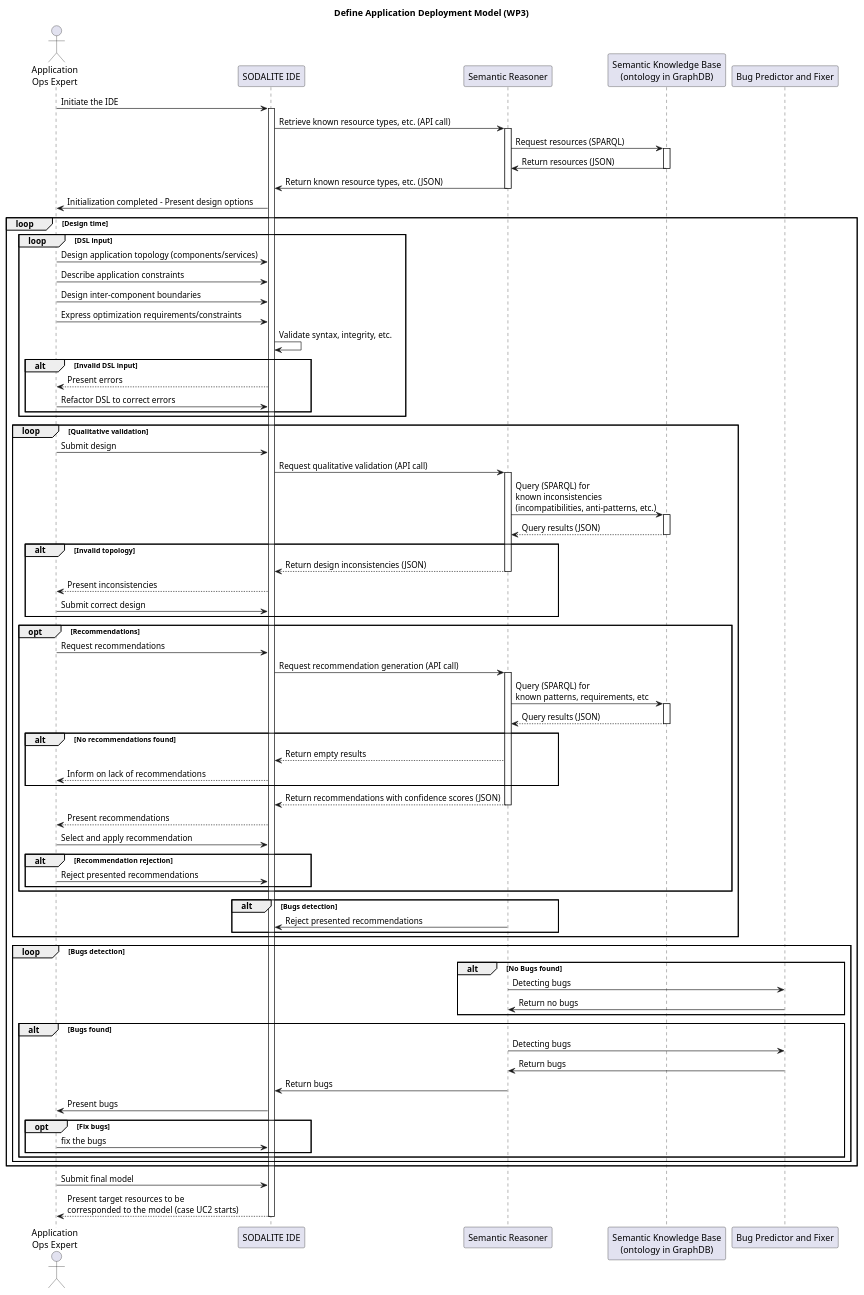
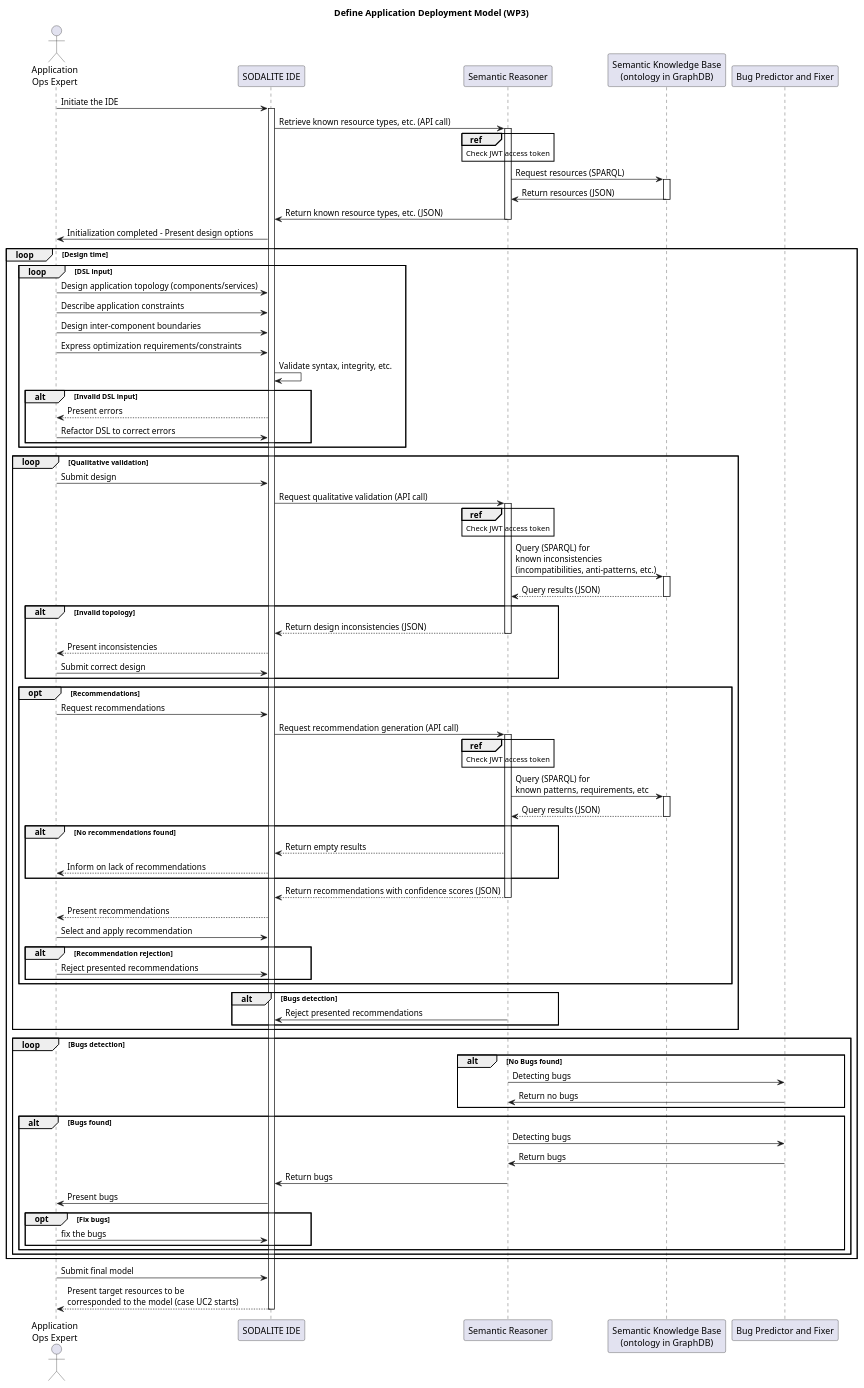
Before and after one commit to SODALITE-EU/project-wide-documentation: the diagram in uml/sequence-diagrams/UC-01-DefineApplicationDeploymentModel-WP3.puml, drawn with PlantUML. The commit also changed 8 other files, not shown here.

```diff
--- a/uml/sequence-diagrams/UC-01-DefineApplicationDeploymentModel-WP3.puml
+++ b/uml/sequence-diagrams/UC-01-DefineApplicationDeploymentModel-WP3.puml
@@ -1,114 +1,117 @@
 @startuml
 
 title Define Application Deployment Model (WP3)
 
 actor "Application\nOps Expert" as ops
 participant "SODALITE IDE" as editor
 participant "Semantic Reasoner" as reasoner
 participant "Semantic Knowledge Base\n(ontology in GraphDB)" as ontology
 participant "Bug Predictor and Fixer" as BugPredictor
 
 ops->editor: Initiate the IDE
 activate editor
 editor->reasoner: Retrieve known resource types, etc. (API call)
 activate reasoner
+ref over reasoner: Check JWT access token
 reasoner->ontology: Request resources (SPARQL)
 activate ontology
 ontology->reasoner: Return resources (JSON)
 deactivate ontology
 reasoner->editor: Return known resource types, etc. (JSON)
 deactivate reasoner
 editor->ops: Initialization completed - Present design options
 
 loop Design time
 
     loop DSL input
         ops->editor: Design application topology (components/services)
         ops->editor: Describe application constraints
         ops->editor: Design inter-component boundaries
         ops->editor: Express optimization requirements/constraints
 
         editor -> editor: Validate syntax, integrity, etc.
 
         alt Invalid DSL input
             editor-->ops: Present errors
             ops->editor: Refactor DSL to correct errors
         end
     end
 
     loop Qualitative validation
 
         ops->editor: Submit design
         editor->reasoner: Request qualitative validation (API call)
 
         activate reasoner
+        ref over reasoner: Check JWT access token
         reasoner->ontology: Query (SPARQL) for \nknown inconsistencies\n(incompatibilities, anti-patterns, etc.)
         activate ontology
         ontology-->reasoner: Query results (JSON)
         deactivate ontology
 
         alt Invalid topology
             reasoner-->editor: Return design inconsistencies (JSON)
             deactivate reasoner
             editor-->ops: Present inconsistencies
             ops->editor: Submit correct design
         end
-        
-       
+
+
 
         opt Recommendations
             ops->editor: Request recommendations
             editor->reasoner: Request recommendation generation (API call)
             activate reasoner
+            ref over reasoner: Check JWT access token
             reasoner->ontology: Query (SPARQL) for \nknown patterns, requirements, etc
             activate ontology
             ontology-->reasoner: Query results (JSON)
             deactivate ontology
 
             alt No recommendations found
                 reasoner-->editor: Return empty results
                 editor-->ops: Inform on lack of recommendations
             end
 
             reasoner-->editor: Return recommendations with confidence scores (JSON)
             deactivate reasoner
 
             editor-->ops: Present recommendations
             ops->editor: Select and apply recommendation
 
             alt Recommendation rejection
                 ops->editor: Reject presented recommendations
             end
         end
-        
+
          alt Bugs detection
                 reasoner->editor: Reject presented recommendations
          end
     end
 
   loop Bugs detection
        alt No Bugs found
             reasoner->BugPredictor: Detecting bugs
             BugPredictor->reasoner: Return no bugs
        end
-       
+
        alt Bugs found
             reasoner->BugPredictor: Detecting bugs
             BugPredictor->reasoner: Return bugs
             reasoner->editor: Return bugs
             editor->ops: Present bugs
             opt Fix bugs
               ops->editor: fix the bugs
             end
        end
    end
 end
 
 ops->editor: Submit final model
 
 editor-->ops: Present target resources to be \ncorresponded to the model (case UC2 starts)
 
 deactivate editor
 
 
 @enduml
```
